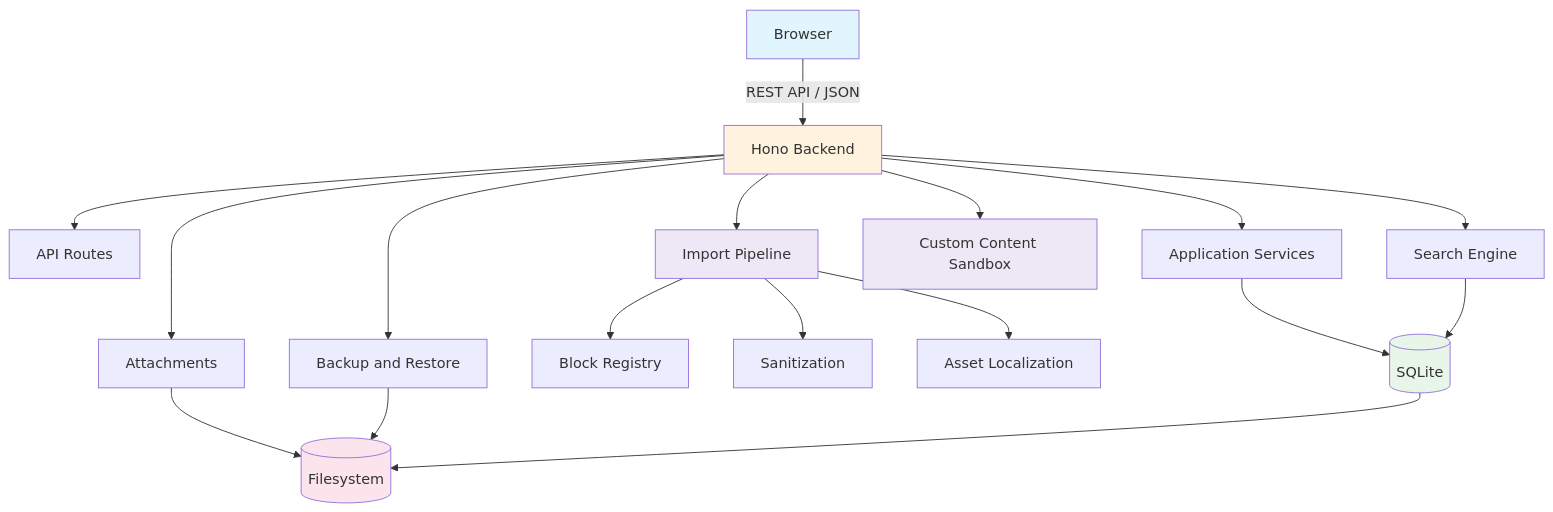
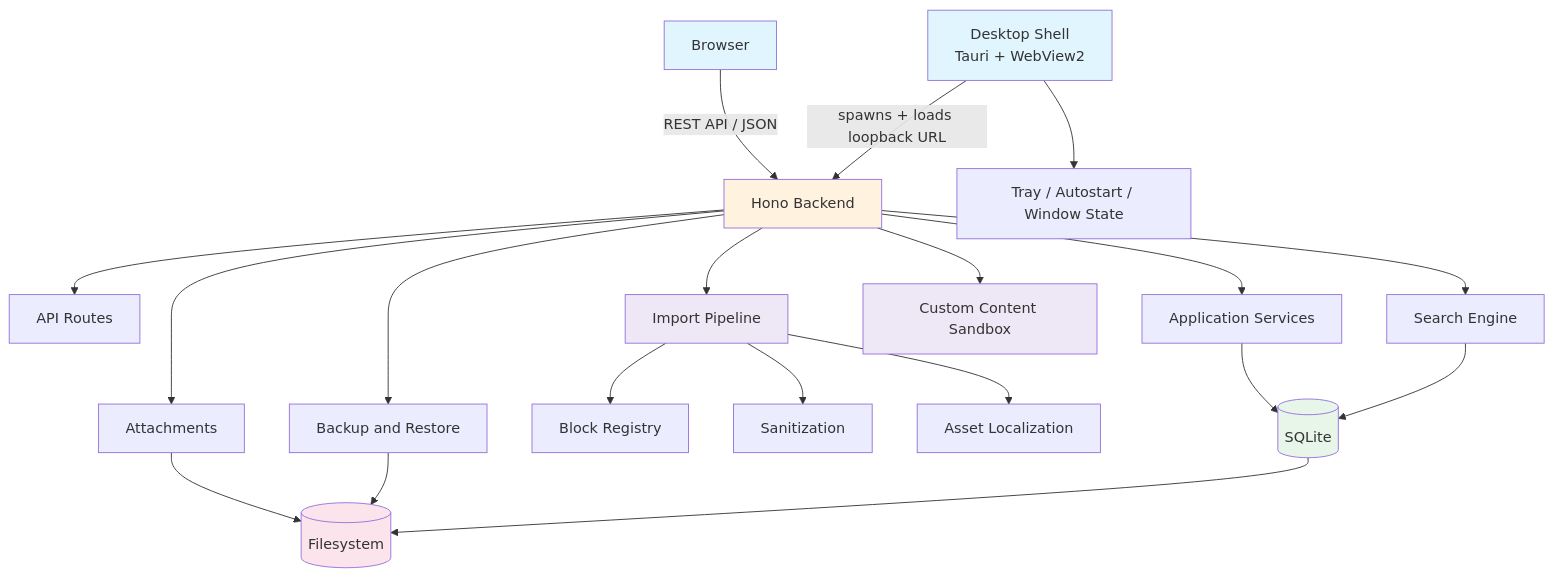
One commit to Rajendertyagi/RTWiki changed the diagram in docs/ARCHITECTURE.md. Above: the diagram before and after it, drawn with Mermaid. The commit also changed other lines of this file and 57 other files, not shown here.

First line of the commit message:
feat(desktop): Tauri shell, managed port, close behavior, status-bar wiring

````diff
--- a/docs/ARCHITECTURE.md
+++ b/docs/ARCHITECTURE.md
@@ -11,25 +11,28 @@
 ```mermaid
 graph TD
     B[Browser] -->|REST API / JSON| H[Hono Backend]
+    DS[Desktop Shell<br/>Tauri + WebView2] -->|spawns + loads loopback URL| H
+    DS --> TR[Tray / Autostart / Window State]
     H --> HR[API Routes]
     H --> AS[Application Services]
     H --> SE[Search Engine]
     H --> AT[Attachments]
     H --> BK[Backup and Restore]
     H --> IP[Import Pipeline]
     IP --> BR[Block Registry]
     IP --> SV[Sanitization]
     IP --> AL[Asset Localization]
     H --> SB[Custom Content Sandbox]
     AS --> DB[(SQLite)]
     SE --> DB
     AT --> FS[(Filesystem)]
     BK --> FS
     DB --> FS
     style B fill:#e1f5fe
+    style DS fill:#e1f5fe
     style H fill:#fff3e0
     style DB fill:#e8f5e9
     style FS fill:#fce4ec
     style IP fill:#ede7f6
     style SB fill:#ede7f6
 ```
````
